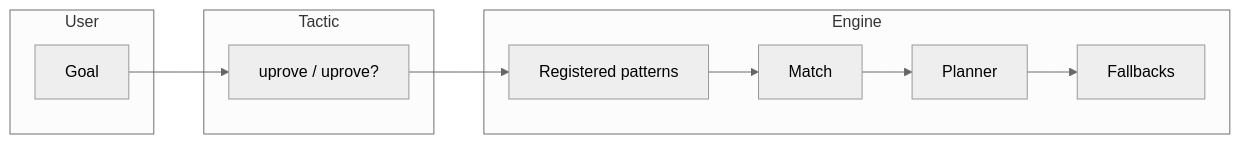
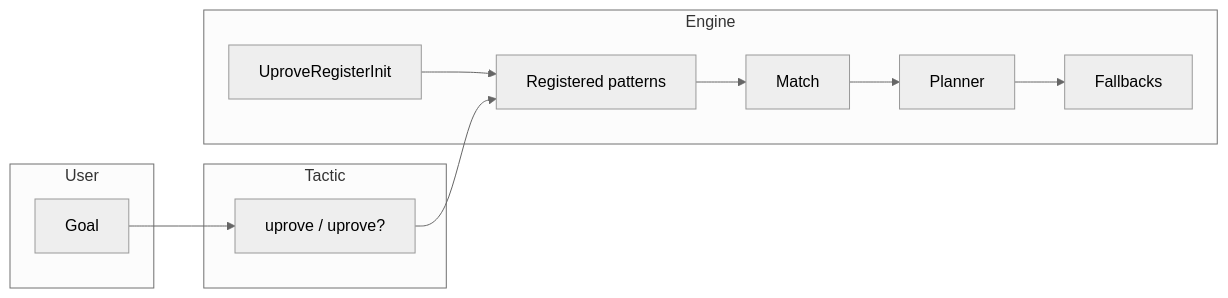
The diagram in docs/architecture.md (fraware/lean-uprove), drawn with Mermaid (neutral theme) before and after one commit. The commit also changed other lines of this file and 45 other files, not shown here.

````diff
--- a/docs/architecture.md
+++ b/docs/architecture.md
@@ -23,20 +48,22 @@
 ```mermaid
 flowchart LR
   subgraph user [User]
     G[Goal]
   end
   subgraph tactic [Tactic]
     T[uprove / uprove?]
   end
   subgraph engine [Engine]
+    R[UproveRegisterInit]
     P[Registered patterns]
     M[Match]
     PL[Planner]
     F[Fallbacks]
   end
   G --> T
+  R --> P
   T --> P
   P --> M
   M --> PL
   PL --> F
 ```
````
